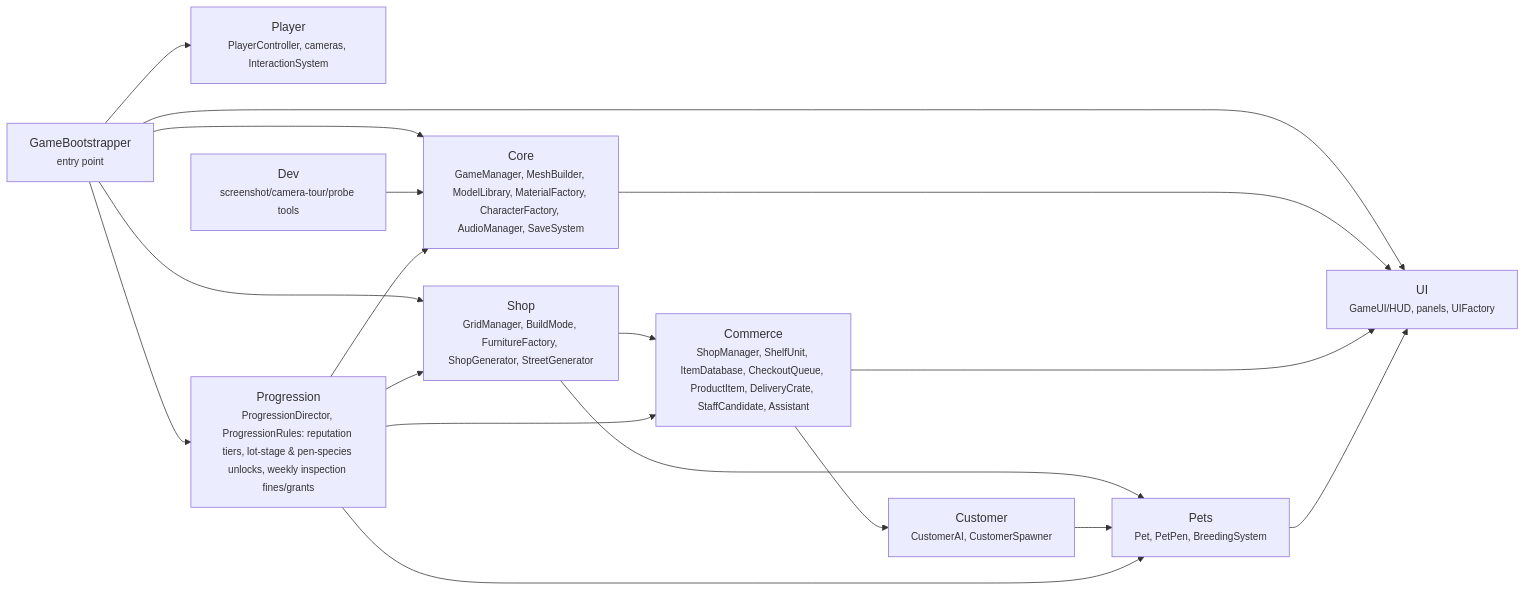
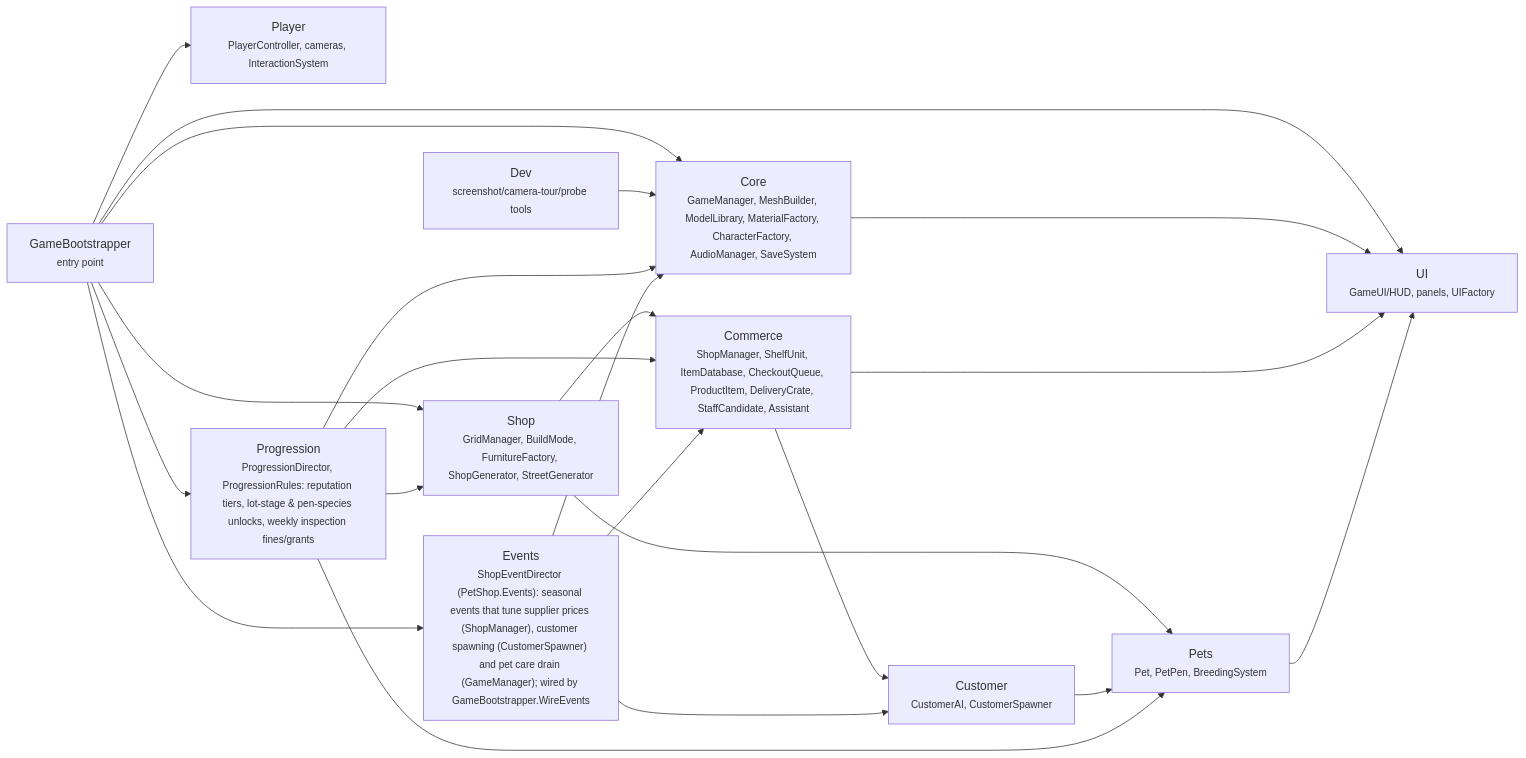
The diagram in docs/architecture/overview.md (Erhearty/PetShopSimulator), drawn with Mermaid before and after one commit. The commit also changed 1 other file, not shown here.

````diff
--- a/docs/architecture/overview.md
+++ b/docs/architecture/overview.md
@@ -16,30 +16,35 @@
 ```mermaid
 flowchart LR
     bootstrapper["GameBootstrapper<br/><small>entry point</small>"]
     core["Core<br/><small>GameManager, MeshBuilder, ModelLibrary, MaterialFactory, CharacterFactory, AudioManager, SaveSystem</small>"]
     shop["Shop<br/><small>GridManager, BuildMode, FurnitureFactory, ShopGenerator, StreetGenerator</small>"]
     player["Player<br/><small>PlayerController, cameras, InteractionSystem</small>"]
     customer["Customer<br/><small>CustomerAI, CustomerSpawner</small>"]
     commerce["Commerce<br/><small>ShopManager, ShelfUnit, ItemDatabase, CheckoutQueue, ProductItem, DeliveryCrate, StaffCandidate, Assistant</small>"]
     pets["Pets<br/><small>Pet, PetPen, BreedingSystem</small>"]
     ui["UI<br/><small>GameUI/HUD, panels, UIFactory</small>"]
     dev["Dev<br/><small>screenshot/camera-tour/probe tools</small>"]
     progression["Progression<br/><small>ProgressionDirector, ProgressionRules: reputation tiers, lot-stage & pen-species unlocks, weekly inspection fines/grants</small>"]
+    events["Events<br/><small>ShopEventDirector (PetShop.Events): seasonal events that tune supplier prices (ShopManager), customer spawning (CustomerSpawner) and pet care drain (GameManager); wired by GameBootstrapper.WireEvents</small>"]
     bootstrapper --> core
     bootstrapper --> shop
     bootstrapper --> player
     bootstrapper --> ui
     core --> ui
     shop --> commerce
     shop --> pets
     commerce --> customer
     customer --> pets
     commerce --> ui
     pets --> ui
     dev --> core
     bootstrapper --> progression
     progression --> core
     progression --> shop
     progression --> commerce
     progression --> pets
+    bootstrapper --> events
+    events --> core
+    events --> commerce
+    events --> customer
 ```
````
